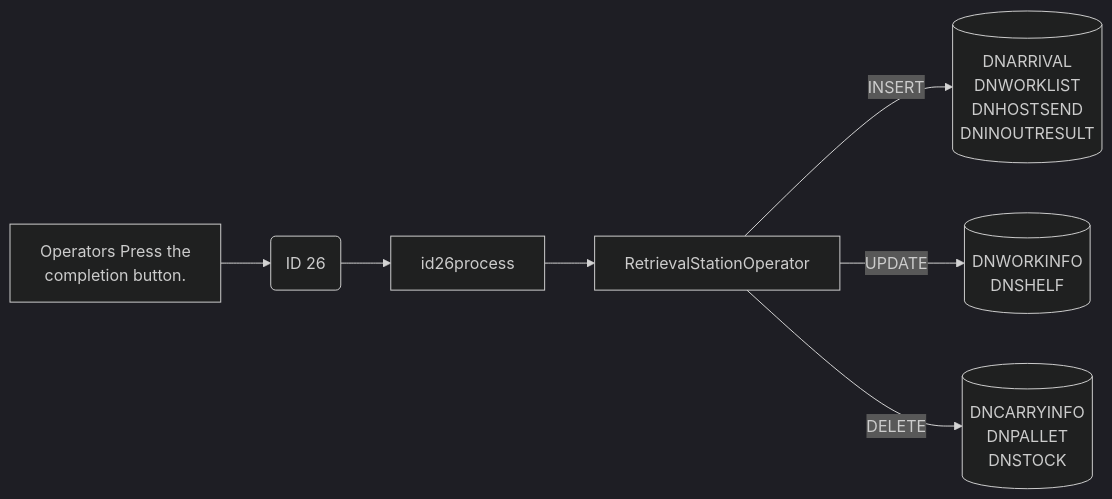
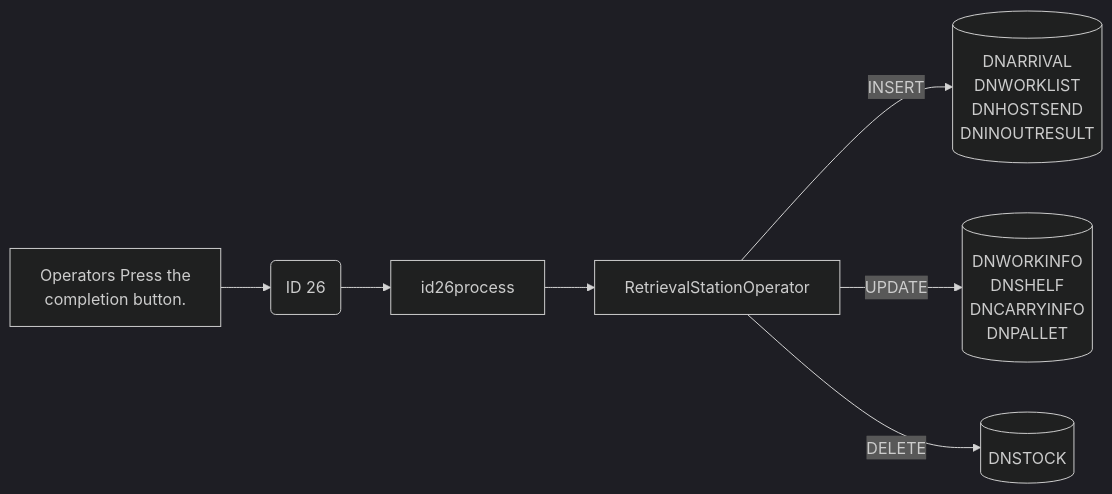
One commit to luthfiadityaa/SimeDarby-Wiki changed diagram 17 of 17 in Basic-Design/DFD-WMS/Retrieval/QC-Setting/Retrieval-for-QC-Start.md. Above: the diagram before and after it, drawn with Mermaid (dark theme). The commit also changed other lines of this file, not shown here.

```diff
--- a/Basic-Design/DFD-WMS/Retrieval/QC-Setting/Retrieval-for-QC-Start.md
+++ b/Basic-Design/DFD-WMS/Retrieval/QC-Setting/Retrieval-for-QC-Start.md
@@ -658,42 +658,42 @@
 ::: mermaid
 flowchart LR
 
 buttonclicked["
 Operators Press the 
 completion button.
 "]
 
 id26msg("
 ID 26
 ")
 
 id26-update[("
 DNWORKINFO
 DNSHELF
+DNCARRYINFO
+DNPALLET
 ")]
 
 id26-delete[("
-DNCARRYINFO
-DNPALLET
 DNSTOCK
 ")]
 
 id26-insert[("
 DNARRIVAL
 DNWORKLIST
 DNHOSTSEND
 DNINOUTRESULT
 ")]
 
 id26process[id26process]
 retrievaloperator[RetrievalStationOperator]
 
 
 buttonclicked --> id26msg
 id26msg -->id26process
 id26process-->retrievaloperator
 
 retrievaloperator--> |INSERT| id26-insert
 retrievaloperator--> |UPDATE| id26-update
 retrievaloperator--> |DELETE| id26-delete
 :::
```
